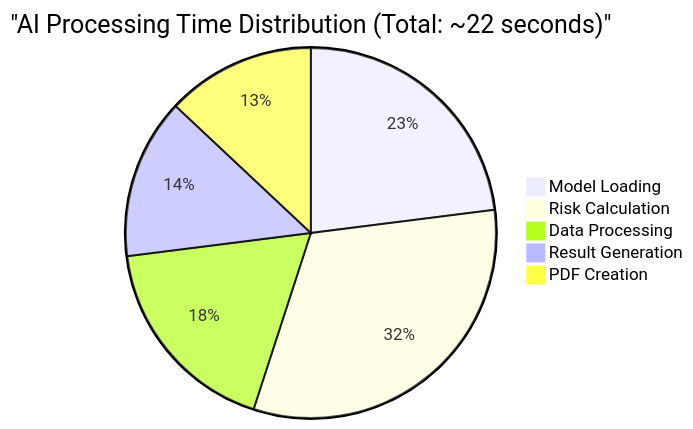
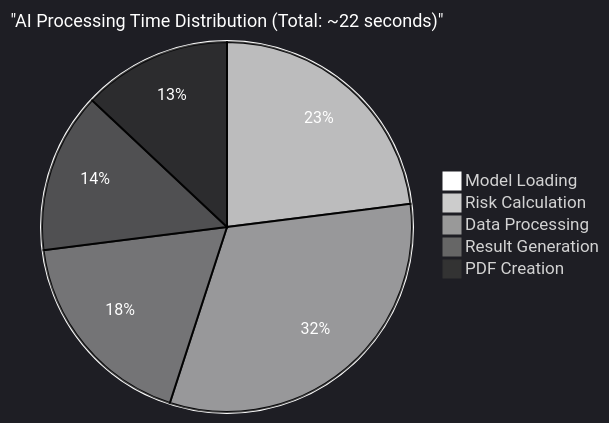
The seventh of 12 diagrams in README.md (Ping-2o/daryn), drawn with Mermaid before and after one commit. The commit also changed other lines of this file, not shown here.

````diff
--- a/README.md
+++ b/README.md
@@ -268,8 +308,9 @@
 ```mermaid
+%%{init: {'theme':'dark', 'themeVariables': {'pie1':'#ffffff', 'pie2':'#cccccc', 'pie3':'#999999', 'pie4':'#666666', 'pie5':'#333333', 'pieTitleTextSize':'18px', 'pieTitleTextColor':'#ffffff', 'pieSectionTextSize':'16px', 'pieSectionTextColor':'#ffffff', 'pieOuterStrokeWidth':'2px', 'pieOuterStrokeColor':'#ffffff'}}}%%
 pie title "AI Processing Time Distribution (Total: ~22 seconds)"
     "Model Loading" : 23
     "Risk Calculation" : 32
     "Data Processing" : 18
     "Result Generation" : 14
     "PDF Creation" : 13
 ```
````
